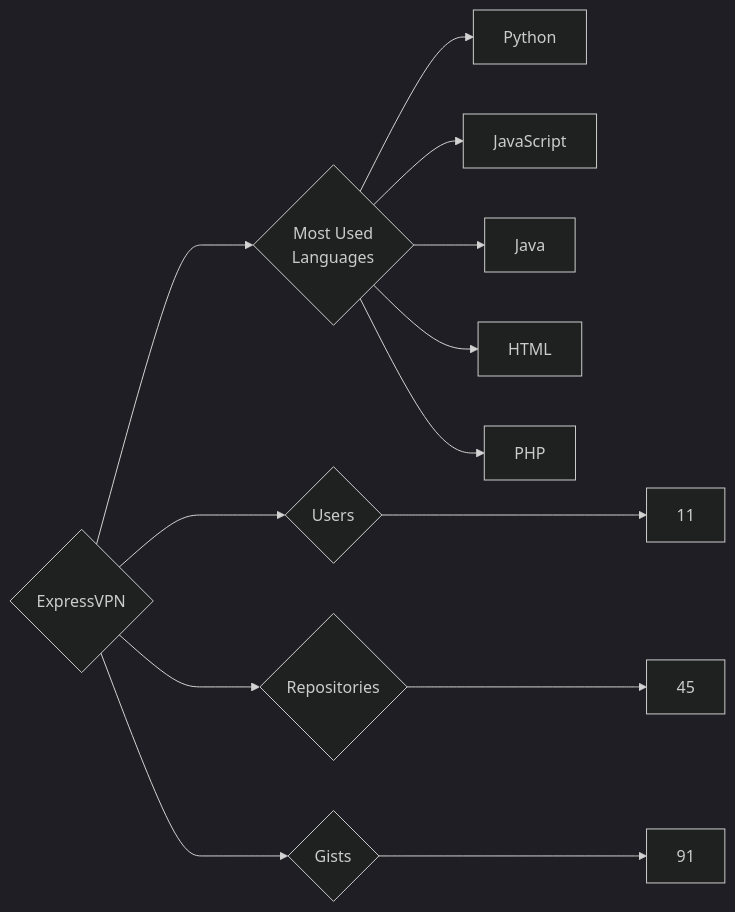
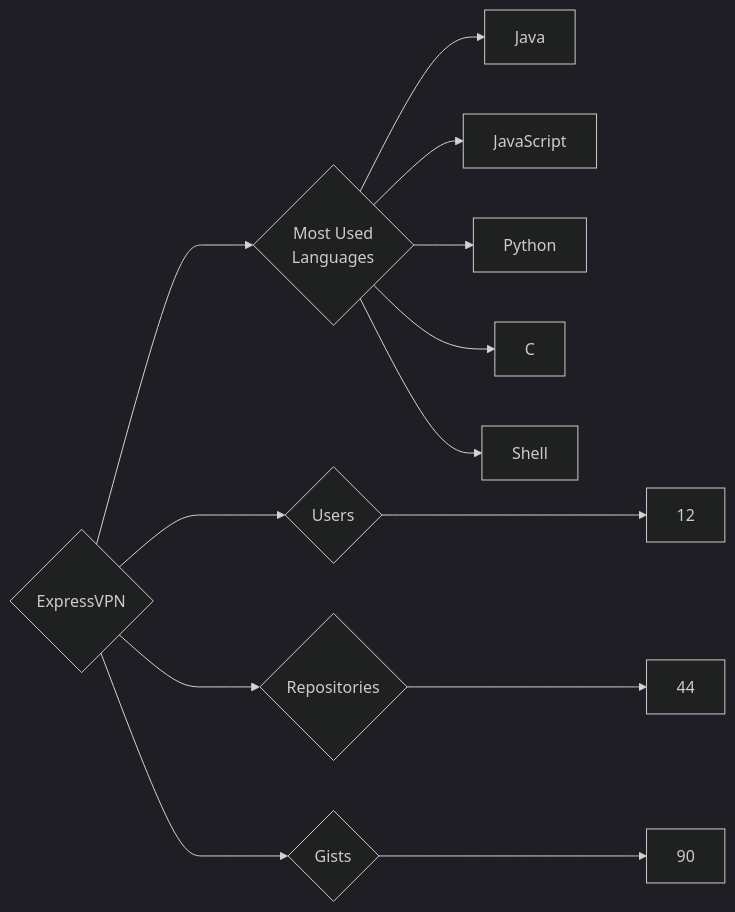
One commit to trickest/insiders changed the diagram in targets/ExpressVPN/README.md. Above: the diagram before and after it, drawn with Mermaid (dark theme). The commit also changed 777 other files, not shown here.

````diff
--- a/targets/ExpressVPN/README.md
+++ b/targets/ExpressVPN/README.md
@@ -3,13 +3,13 @@
 ```mermaid
 graph LR
 COMPANY_NAME{ExpressVPN}
-COMPANY_NAME ---> U{Users} ---> UN[11]
-COMPANY_NAME ---> R{Repositories} ---> RN[45]
-COMPANY_NAME ---> G{Gists} ---> GN[91]
+COMPANY_NAME ---> U{Users} ---> UN[12]
+COMPANY_NAME ---> R{Repositories} ---> RN[44]
+COMPANY_NAME ---> G{Gists} ---> GN[90]
 COMPANY_NAME ---> ML{Most Used<br>Languages}
+ML --> Java[Java]
+ML --> JavaScript[JavaScript]
 ML --> Python[Python]
-ML --> JavaScript[JavaScript]
-ML --> Java[Java]
-ML --> HTML[HTML]
-ML --> PHP[PHP]
+ML --> C[C]
+ML --> Shell[Shell]
 ```
````
